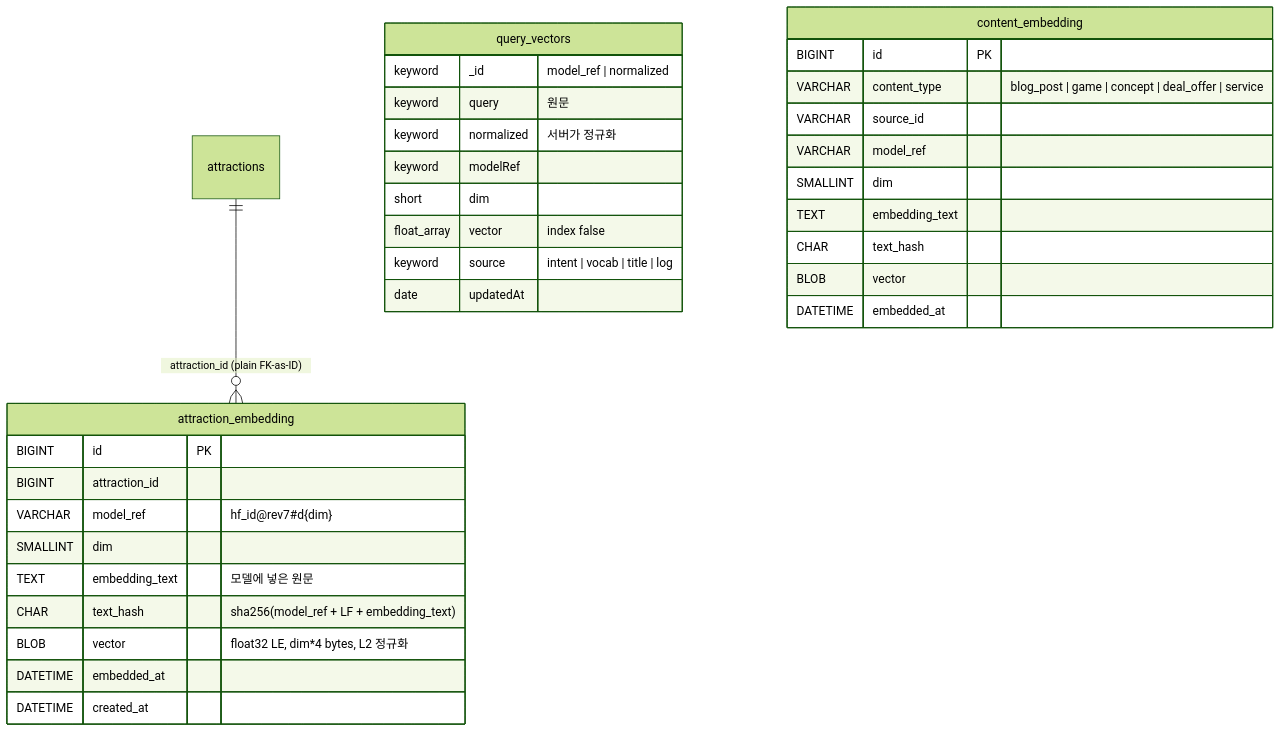
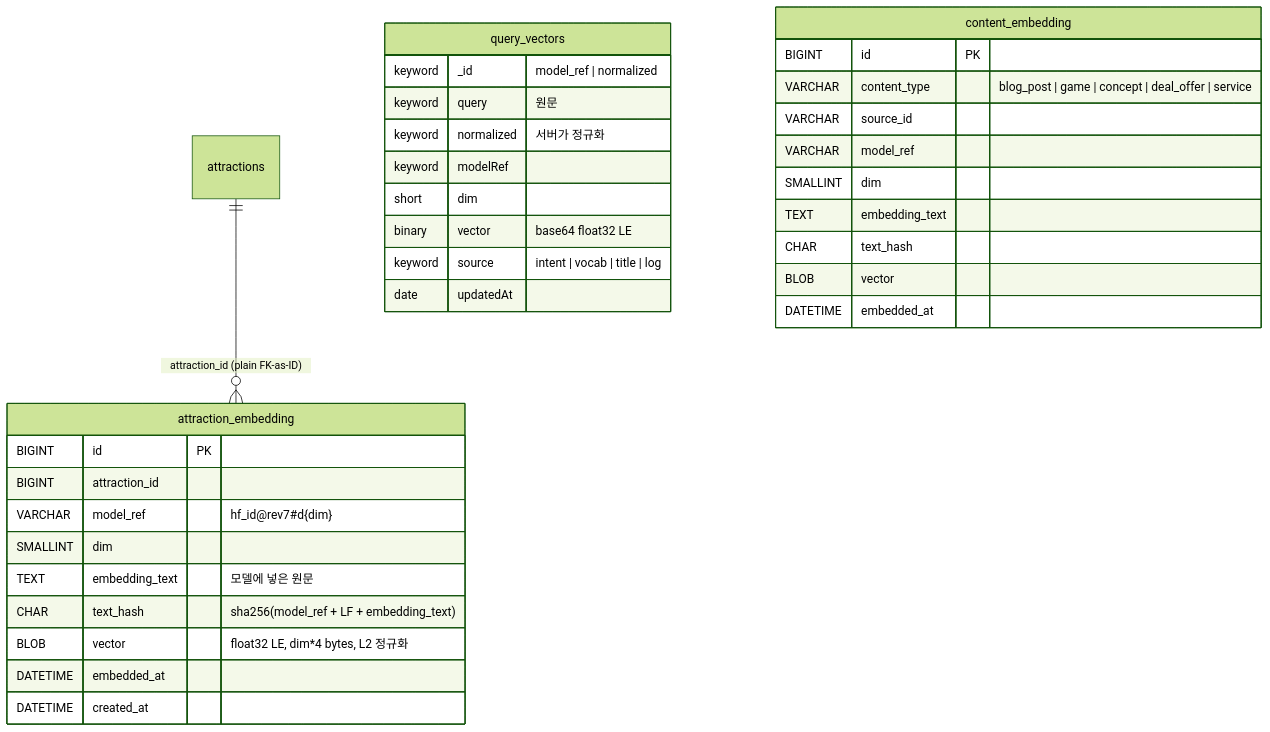
Before and after one commit to 1989v/msa: the diagram in docs/specs/2026-09-05-unified-search/embedding-entities.md, drawn with Mermaid (forest theme). The commit also changed other lines of this file and 4 other files, not shown here.

````diff
--- a/docs/specs/2026-09-05-unified-search/embedding-entities.md
+++ b/docs/specs/2026-09-05-unified-search/embedding-entities.md
@@ -16,36 +16,36 @@
 ```mermaid
 erDiagram
     attractions ||--o{ attraction_embedding : "attraction_id (plain FK-as-ID)"
     attraction_embedding {
         BIGINT id PK
         BIGINT attraction_id
         VARCHAR model_ref "hf_id@rev7#d{dim}"
         SMALLINT dim
         TEXT embedding_text "모델에 넣은 원문"
         CHAR text_hash "sha256(model_ref + LF + embedding_text)"
         BLOB vector "float32 LE, dim*4 bytes, L2 정규화"
         DATETIME embedded_at
         DATETIME created_at
     }
     query_vectors {
         keyword _id "model_ref | normalized"
         keyword query "원문"
         keyword normalized "서버가 정규화"
         keyword modelRef
         short dim
-        float_array vector "index false"
+        binary vector "base64 float32 LE"
         keyword source "intent | vocab | title | log"
         date updatedAt
     }
     content_embedding {
         BIGINT id PK
         VARCHAR content_type "blog_post | game | concept | deal_offer | service"
         VARCHAR source_id
         VARCHAR model_ref
         SMALLINT dim
         TEXT embedding_text
         CHAR text_hash
         BLOB vector
         DATETIME embedded_at
     }
 ```
````
